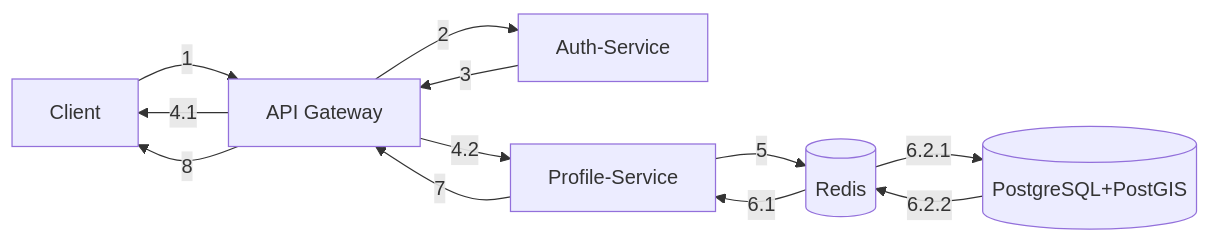
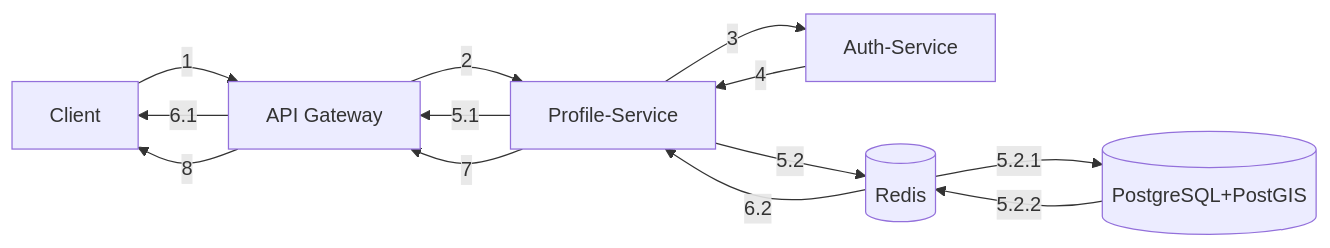
One commit to isOdin-l/TinderArt changed the second of 9 diagrams in docs/workflow-simple.md. Above: the diagram before and after it, drawn with Mermaid. The commit also changed other lines of this file and 5 other files, not shown here.

Commit message:
docs: updated workflow, architecture, structures docs

````diff
--- a/docs/workflow-simple.md
+++ b/docs/workflow-simple.md
@@ -29,22 +31,22 @@
 ```mermaid
 flowchart LR
 
 Client["Client"]
 Gateway["API Gateway"]
 Auth["Auth-Service"]
 Profile["Profile-Service"]
 Cache[("Redis")]:::redis
 DB_Profile[("PostgreSQL+PostGIS")]
 
-Client -->|1| Gateway -->|2| Auth -->|3| Gateway
+Client -->|1| Gateway -->|2| Profile-->|3| Auth-->|4| Profile 
+Profile-->|5.1| Gateway -->|6.1| Client
 
-Gateway -->|4.1| Client
-Gateway -->|4.2| Profile -->|5| Cache
+Profile -->|5.2| Cache
 
-Cache -->|6.1| Profile
-Cache -->|6.2.1| DB_Profile  
-DB_Profile -->|6.2.2| Cache
+Cache -->|6.2| Profile
+Cache -->|5.2.1| DB_Profile  
+DB_Profile -->|5.2.2| Cache
 
 Profile -->|7| Gateway
 Gateway -->|8| Client
 ```
````
